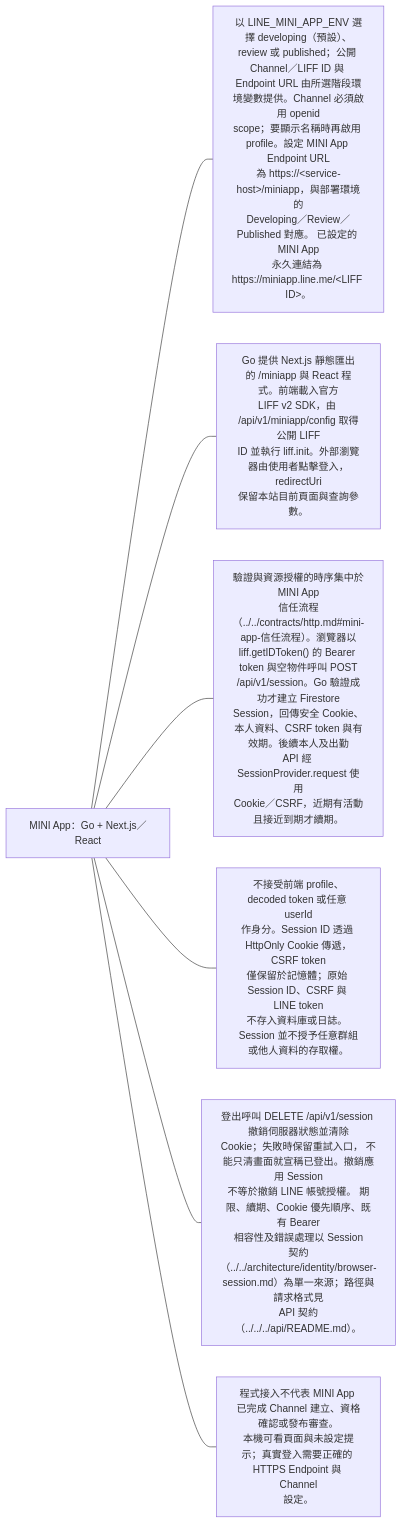
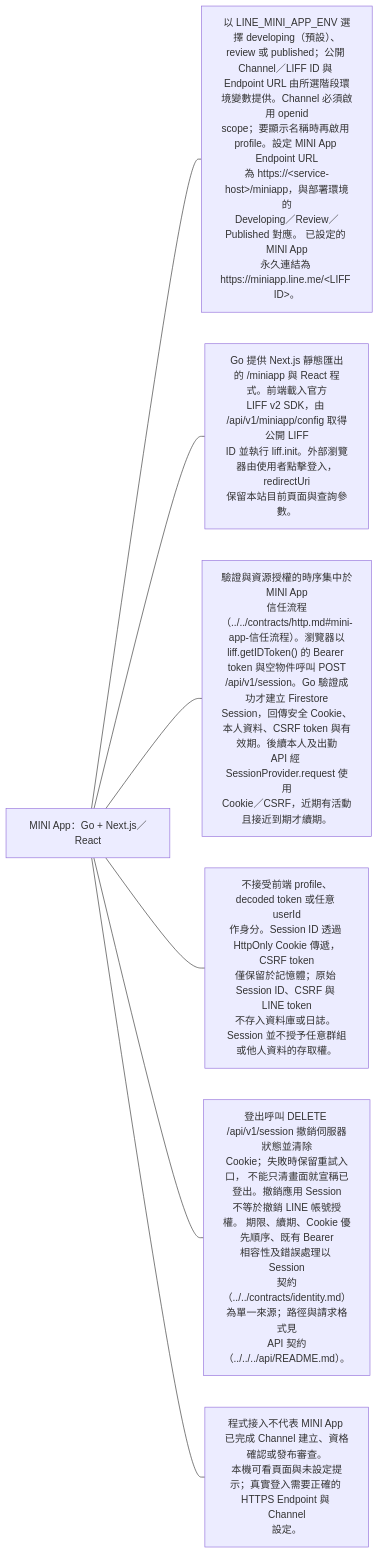
The diagram in docs/integrations/line/mini-app-setup.md (963sup/line-mini-app-bot), drawn with Mermaid before and after one commit. The commit also changed 41 other files, not shown here.

Commit message:
Consolidate identity contracts and architecture data ownership

````diff
--- a/docs/integrations/line/mini-app-setup.md
+++ b/docs/integrations/line/mini-app-setup.md
@@ -3,10 +3,10 @@
 ```mermaid
 flowchart LR
   h["MINI App：Go + Next.js／React"]
   h --- n0["以 LINE_MINI_APP_ENV 選擇 developing（預設）、review 或 published；公開 Channel／LIFF ID 與 Endpoint URL 由所選階段環境變數提供。Channel 必須啟用 openid<br/>scope；要顯示名稱時再啟用 profile。設定 MINI App Endpoint URL<br/>為 https://&lt;service-host&gt;/miniapp，與部署環境的<br/>Developing／Review／Published 對應。 已設定的 MINI App<br/>永久連結為 https://miniapp.line.me/&lt;LIFF ID&gt;。"]
   h --- n1["Go 提供 Next.js 靜態匯出的 /miniapp 與 React 程式。前端載入官方<br/>LIFF v2 SDK，由 /api/v1/miniapp/config 取得公開 LIFF<br/>ID 並執行 liff.init。外部瀏覽器由使用者點擊登入，redirectUri<br/>保留本站目前頁面與查詢參數。"]
   h --- n2["驗證與資源授權的時序集中於MINI App<br/>信任流程（../../contracts/http.md#mini-app-信任流程）。瀏覽器以<br/>liff.getIDToken() 的 Bearer token 與空物件呼叫 POST<br/>/api/v1/session。Go 驗證成功才建立 Firestore<br/>Session，回傳安全 Cookie、本人資料、CSRF token 與有效期。後續本人及出勤<br/>API 經 SessionProvider.request 使用<br/>Cookie／CSRF，近期有活動且接近到期才續期。"]
   h --- n3["不接受前端 profile、decoded token 或任意 userId<br/>作身分。Session ID 透過 HttpOnly Cookie 傳遞，CSRF token<br/>僅保留於記憶體；原始 Session ID、CSRF 與 LINE token<br/>不存入資料庫或日誌。 Session 並不授予任意群組或他人資料的存取權。"]
-  h --- n4["登出呼叫 DELETE /api/v1/session 撤銷伺服器狀態並清除<br/>Cookie；失敗時保留重試入口， 不能只清畫面就宣稱已登出。撤銷應用 Session<br/>不等於撤銷 LINE 帳號授權。 期限、續期、Cookie 優先順序、既有 Bearer<br/>相容性及錯誤處理以 Session<br/>契約（../../architecture/identity/browser-session.md）為單一來源；路徑與請求格式見<br/>API 契約（../../../api/README.md）。"]
+  h --- n4["登出呼叫 DELETE /api/v1/session 撤銷伺服器狀態並清除<br/>Cookie；失敗時保留重試入口， 不能只清畫面就宣稱已登出。撤銷應用 Session<br/>不等於撤銷 LINE 帳號授權。 期限、續期、Cookie 優先順序、既有 Bearer<br/>相容性及錯誤處理以 Session<br/>契約（../../contracts/identity.md）為單一來源；路徑與請求格式見<br/>API 契約（../../../api/README.md）。"]
   h --- n5["程式接入不代表 MINI App 已完成 Channel 建立、資格確認或發布審查。<br/>本機可看頁面與未設定提示；真實登入需要正確的 HTTPS Endpoint 與 Channel<br/>設定。"]
 ```
````
